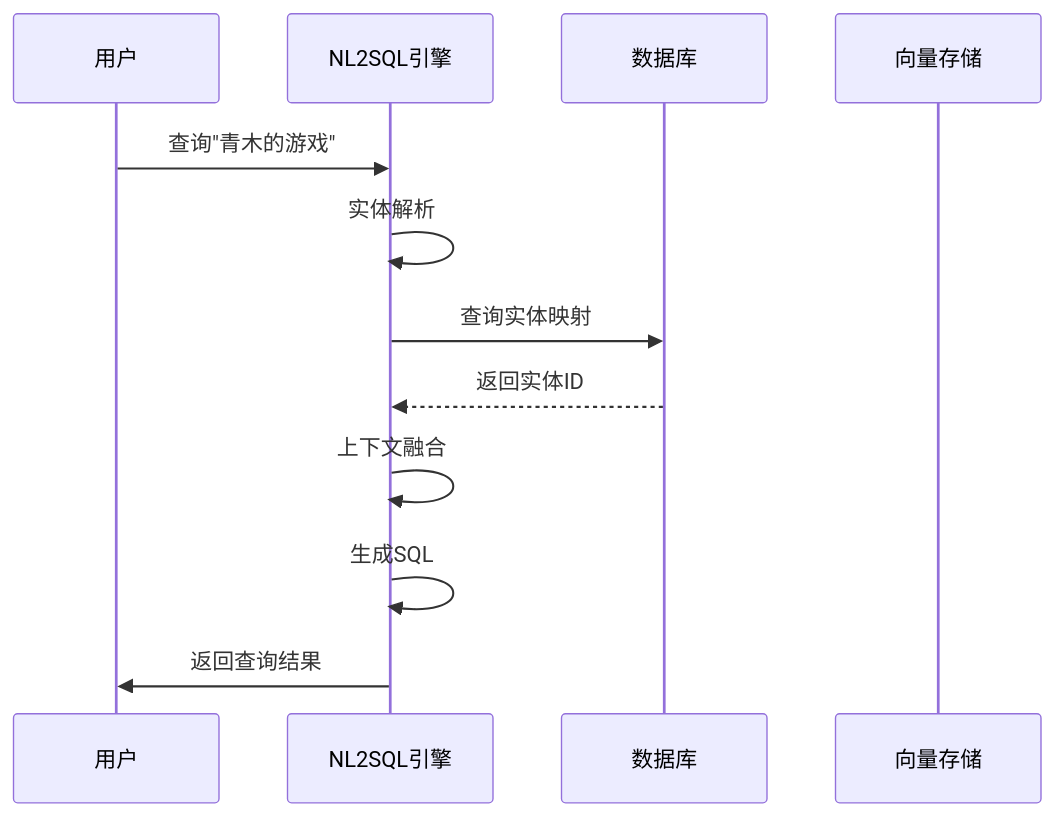
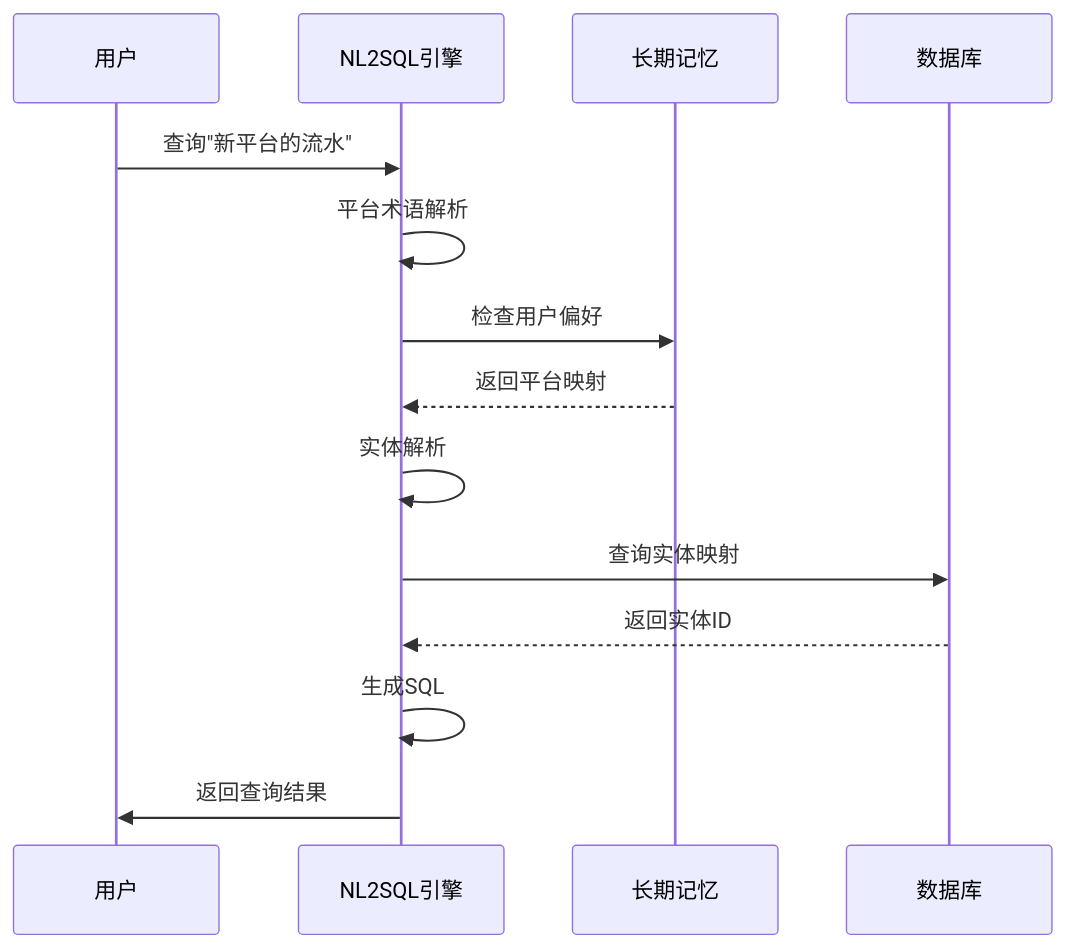
One commit to HanHuiOnLine/724-office changed diagram 13 of 16 in .qoder/repowiki/zh/content/架构设计/NL2SQL系统架构设计.md. Above: the diagram before and after it, drawn with Mermaid. The commit also changed other lines of this file and 115 other files, not shown here.

````diff
--- a/.qoder/repowiki/zh/content/架构设计/NL2SQL系统架构设计.md
+++ b/.qoder/repowiki/zh/content/架构设计/NL2SQL系统架构设计.md
@@ -402,14 +497,16 @@
 ```mermaid
 sequenceDiagram
 participant User as 用户
 participant Engine as NL2SQL引擎
+participant LongTermMem as 长期记忆
 participant DB as 数据库
-participant Vector as 向量存储
-User->>Engine : 查询"青木的游戏"
+User->>Engine : 查询"新平台的流水"
+Engine->>Engine : 平台术语解析
+Engine->>LongTermMem : 检查用户偏好
+LongTermMem-->>Engine : 返回平台映射
 Engine->>Engine : 实体解析
 Engine->>DB : 查询实体映射
 DB-->>Engine : 返回实体ID
-Engine->>Engine : 上下文融合
 Engine->>Engine : 生成SQL
 Engine->>User : 返回查询结果
 ```
````
